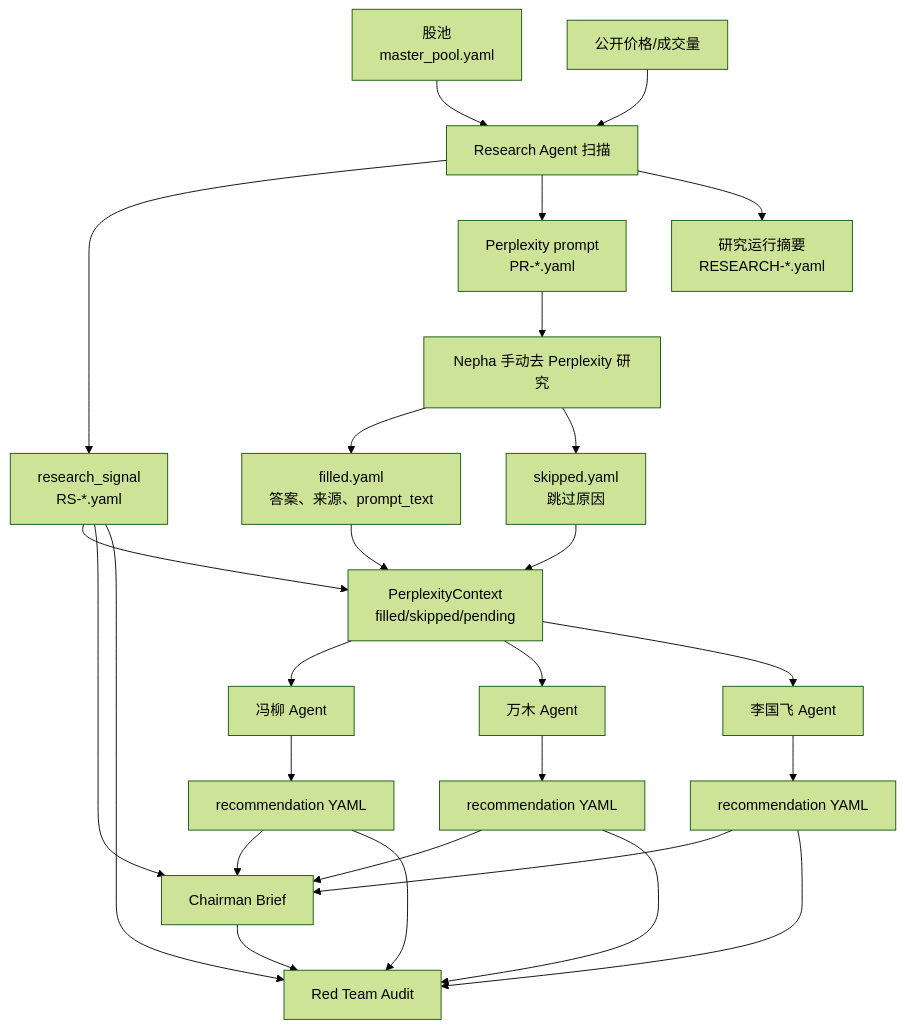
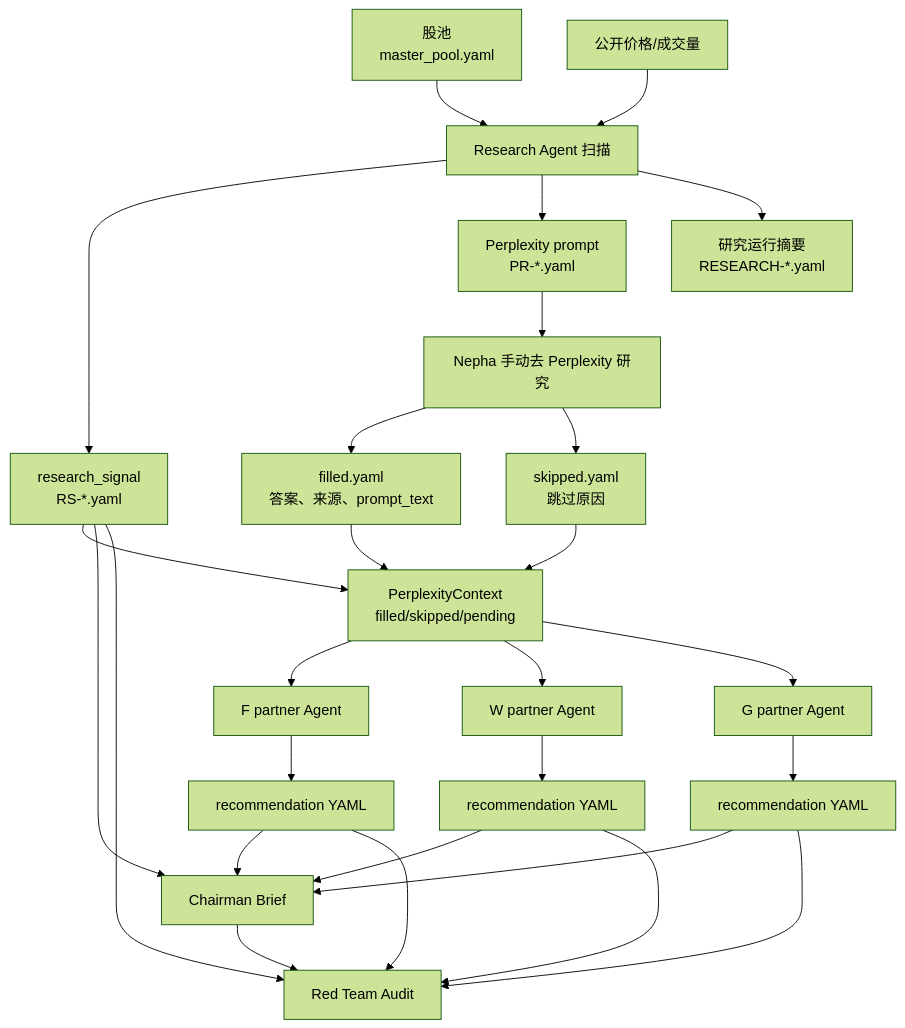
One commit to amanayayatu-tech/ksana changed the third of 7 diagrams in SYSTEM_FLOW.md. Above: the diagram before and after it, drawn with Mermaid (forest theme). The commit also changed other lines of this file and 85 other files, not shown here.

````diff
--- a/SYSTEM_FLOW.md
+++ b/SYSTEM_FLOW.md
@@ -80,36 +80,36 @@
 ```mermaid
 flowchart TD
     Pool["股池\nmaster_pool.yaml"] --> Scan["Research Agent 扫描"]
     Price["公开价格/成交量"] --> Scan
 
     Scan --> RS["research_signal\nRS-*.yaml"]
     Scan --> PR["Perplexity prompt\nPR-*.yaml"]
     Scan --> RR["研究运行摘要\nRESEARCH-*.yaml"]
 
     PR --> Manual["Nepha 手动去 Perplexity 研究"]
     Manual --> Filled["filled.yaml\n答案、来源、prompt_text"]
     Manual --> Skipped["skipped.yaml\n跳过原因"]
 
     Filled --> Context["PerplexityContext\nfilled/skipped/pending"]
     Skipped --> Context
     RS --> Context
 
-    Context --> Fengliu["冯柳 Agent"]
-    Context --> Wanmu["万木 Agent"]
-    Context --> Liguofei["李国飞 Agent"]
+    Context --> FPartner["F partner Agent"]
+    Context --> WPartner["W partner Agent"]
+    Context --> GPartner["G partner Agent"]
 
-    Fengliu --> R1["recommendation YAML"]
-    Wanmu --> R2["recommendation YAML"]
-    Liguofei --> R3["recommendation YAML"]
+    FPartner --> R1["recommendation YAML"]
+    WPartner --> R2["recommendation YAML"]
+    GPartner --> R3["recommendation YAML"]
 
     R1 --> Brief["Chairman Brief"]
     R2 --> Brief
     R3 --> Brief
     RS --> Brief
 
     Brief --> Audit["Red Team Audit"]
     R1 --> Audit
     R2 --> Audit
     R3 --> Audit
     RS --> Audit
 ```
````
